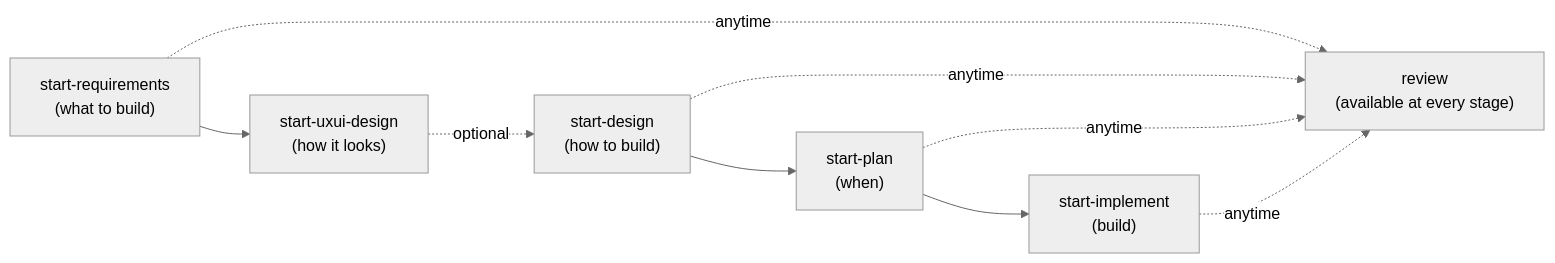
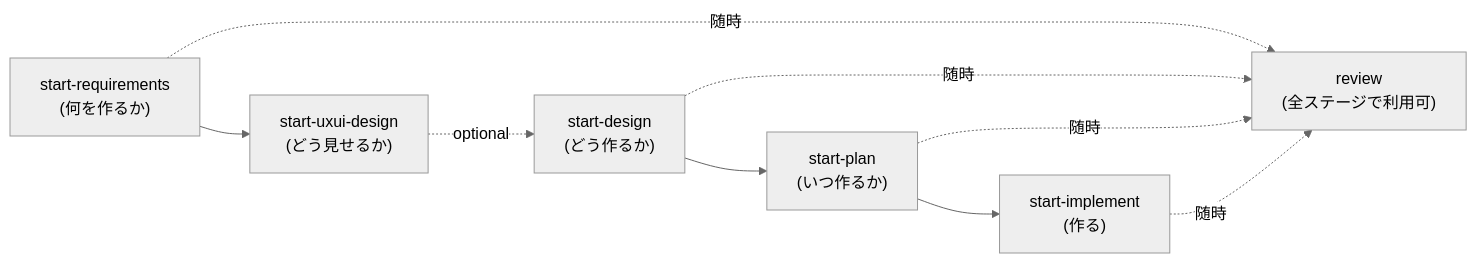
Before and after one commit to BlueEventHorizon/bw-cc-plugins: the second of 2 diagrams in README.md, drawn with Mermaid (neutral theme). The commit also changed other lines of this file and 7 other files, not shown here.

````diff
--- a/README.md
+++ b/README.md
@@ -52,13 +52,13 @@
 ```mermaid
 flowchart LR
-    REQ["start-requirements<br/>(what to build)"]
-    UXUI["start-uxui-design<br/>(how it looks)"]
-    DES["start-design<br/>(how to build)"]
-    PLAN["start-plan<br/>(when)"]
-    IMPL["start-implement<br/>(build)"]
+    REQ["start-requirements<br/>(何を作るか)"]
+    UXUI["start-uxui-design<br/>(どう見せるか)"]
+    DES["start-design<br/>(どう作るか)"]
+    PLAN["start-plan<br/>(いつ作るか)"]
+    IMPL["start-implement<br/>(作る)"]
 
     REQ --> UXUI -.->|optional| DES --> PLAN --> IMPL
 
-    REV["review<br/>(available at every stage)"]
-    REQ & DES & PLAN & IMPL -.->|anytime| REV
+    REV["review<br/>(全ステージで利用可)"]
+    REQ & DES & PLAN & IMPL -.->|随時| REV
 ```
````
